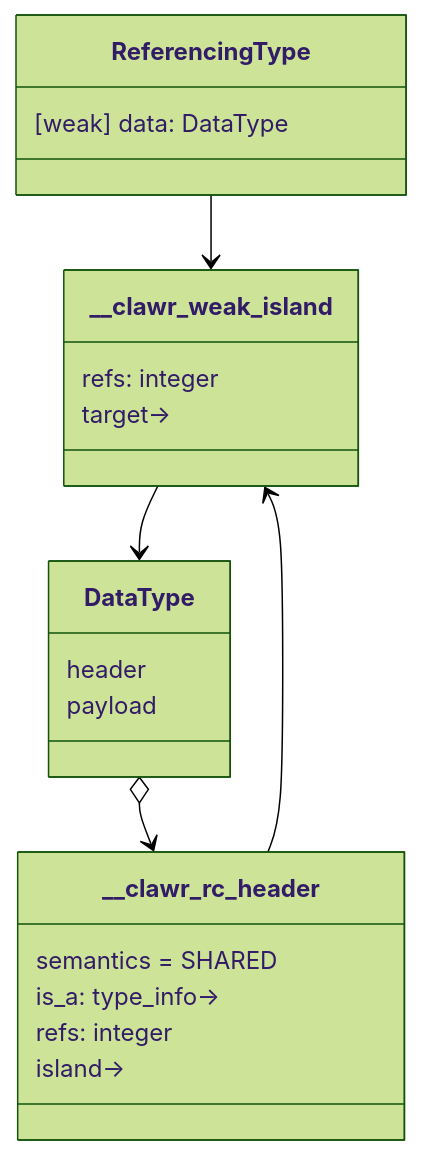
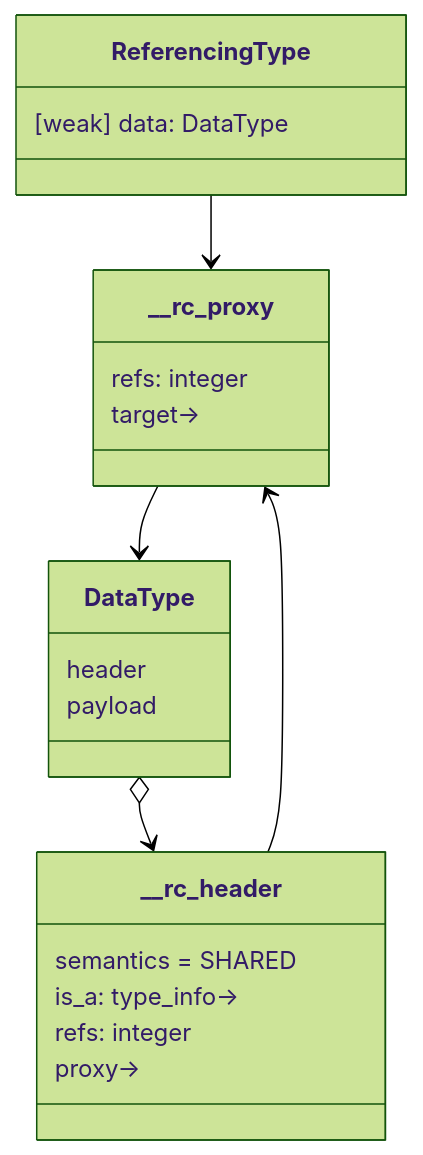
Before and after one commit to clawrlang/clawr-concept: the tenth of 12 diagrams in semantics/implementation.md, drawn with Mermaid (forest theme). The commit also changed other lines of this file and 6 other files, not shown here.

````diff
--- a/semantics/implementation.md
+++ b/semantics/implementation.md
@@ -217,25 +217,25 @@
 ```mermaid
 classDiagram
 class ReferencingType {
   [weak] data: DataType
 }
-class __clawr_weak_island {
+class __rc_proxy {
   refs: integer
   target→
 }
-class __clawr_rc_header {
+class __rc_header {
   semantics = SHARED
   is_a: type_info→
   refs: integer
-  island→
+  proxy→
 }
 class DataType {
   header
   payload
 }
 
-ReferencingType --> __clawr_weak_island
-__clawr_weak_island --> DataType
-DataType o--> __clawr_rc_header
-__clawr_rc_header --> __clawr_weak_island
+ReferencingType --> __rc_proxy
+__rc_proxy --> DataType
+DataType o--> __rc_header
+__rc_header --> __rc_proxy
 ```
````
